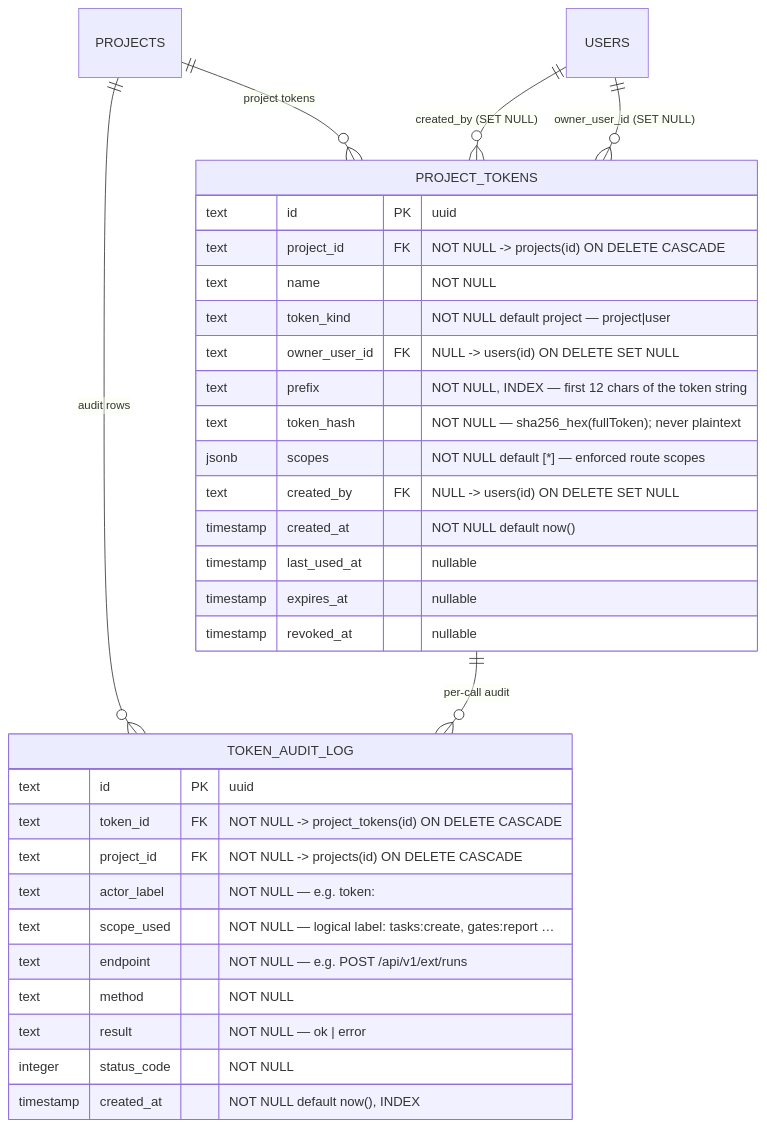
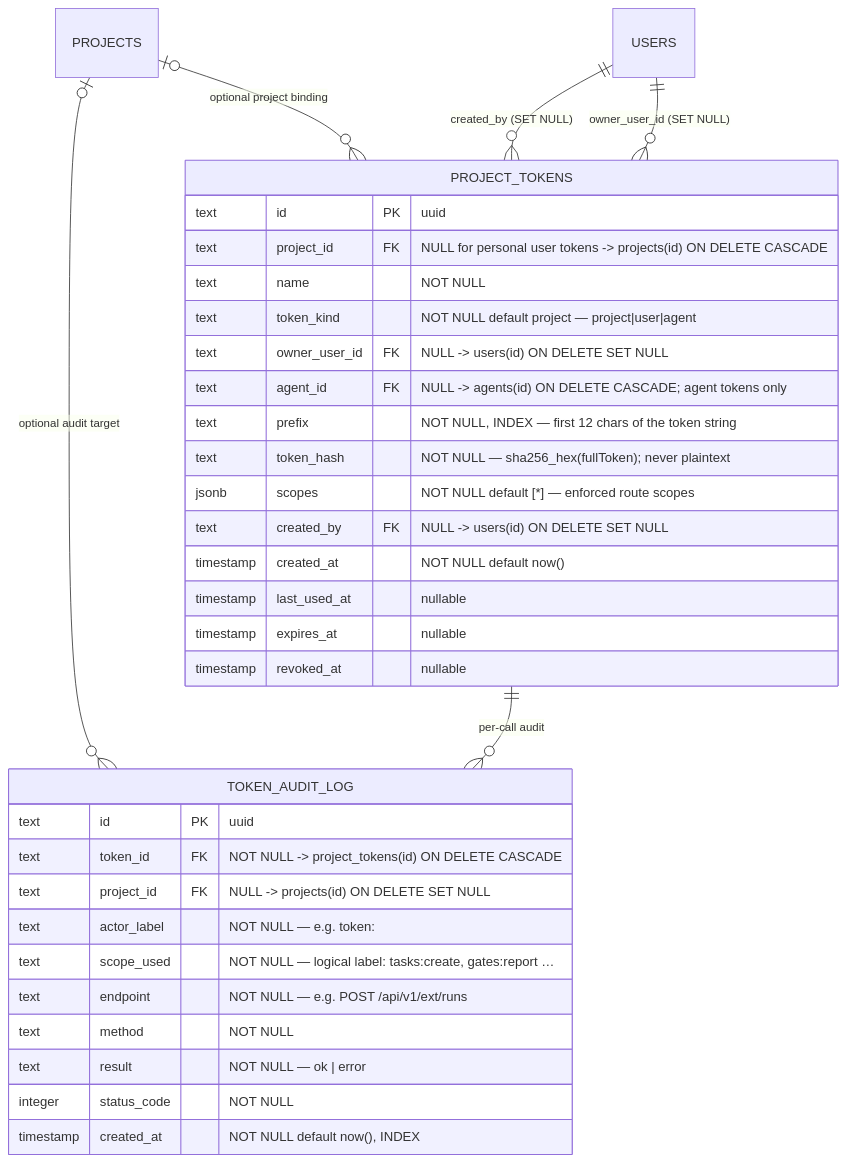
One commit to maister-dev/maister changed the diagram in docs/db/integrations-domain.md. Above: the diagram before and after it, drawn with Mermaid. The commit also changed other lines of this file and 73 other files, not shown here.

Commit message:
feat: add personal access tokens

````diff
--- a/docs/db/integrations-domain.md
+++ b/docs/db/integrations-domain.md
@@ -15,37 +16,38 @@
 ```mermaid
 erDiagram
-    PROJECTS ||--o{ PROJECT_TOKENS : "project tokens"
-    PROJECTS ||--o{ TOKEN_AUDIT_LOG : "audit rows"
+    PROJECTS o|--o{ PROJECT_TOKENS : "optional project binding"
+    PROJECTS o|--o{ TOKEN_AUDIT_LOG : "optional audit target"
     USERS ||--o{ PROJECT_TOKENS : "created_by (SET NULL)"
     USERS ||--o{ PROJECT_TOKENS : "owner_user_id (SET NULL)"
     PROJECT_TOKENS ||--o{ TOKEN_AUDIT_LOG : "per-call audit"
 
     PROJECT_TOKENS {
         text id PK "uuid"
-        text project_id FK "NOT NULL -> projects(id) ON DELETE CASCADE"
+        text project_id FK "NULL for personal user tokens -> projects(id) ON DELETE CASCADE"
         text name "NOT NULL"
-        text token_kind "NOT NULL default project — project|user"
+        text token_kind "NOT NULL default project — project|user|agent"
         text owner_user_id FK "NULL -> users(id) ON DELETE SET NULL"
+        text agent_id FK "NULL -> agents(id) ON DELETE CASCADE; agent tokens only"
         text prefix "NOT NULL, INDEX — first 12 chars of the token string"
         text token_hash "NOT NULL — sha256_hex(fullToken); never plaintext"
         jsonb scopes "NOT NULL default [*] — enforced route scopes"
         text created_by FK "NULL -> users(id) ON DELETE SET NULL"
         timestamp created_at "NOT NULL default now()"
         timestamp last_used_at "nullable"
         timestamp expires_at "nullable"
         timestamp revoked_at "nullable"
     }
 
     TOKEN_AUDIT_LOG {
         text id PK "uuid"
         text token_id FK "NOT NULL -> project_tokens(id) ON DELETE CASCADE"
-        text project_id FK "NOT NULL -> projects(id) ON DELETE CASCADE"
+        text project_id FK "NULL -> projects(id) ON DELETE SET NULL"
         text actor_label "NOT NULL — e.g. token:<name>"
         text scope_used "NOT NULL — logical label: tasks:create, gates:report …"
         text endpoint "NOT NULL — e.g. POST /api/v1/ext/runs"
         text method "NOT NULL"
         text result "NOT NULL — ok | error"
         integer status_code "NOT NULL"
         timestamp created_at "NOT NULL default now(), INDEX"
     }
 ```
````
